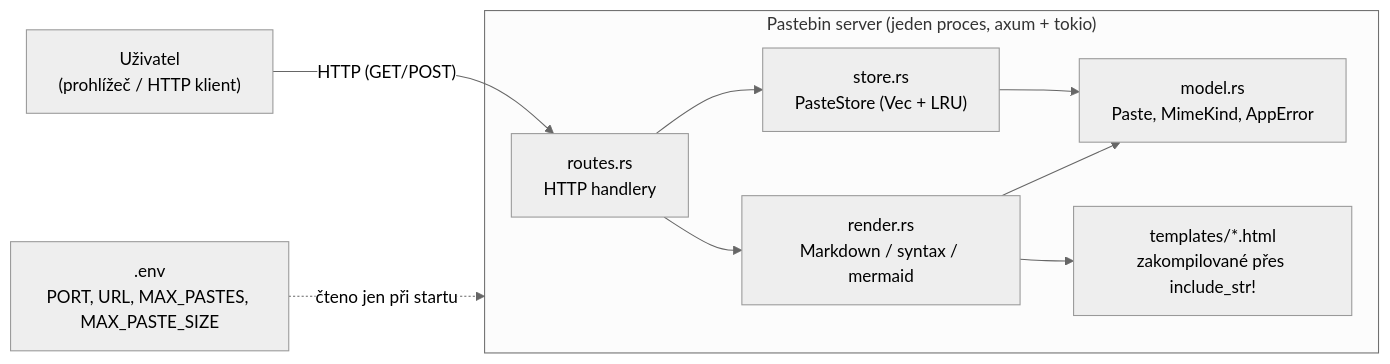
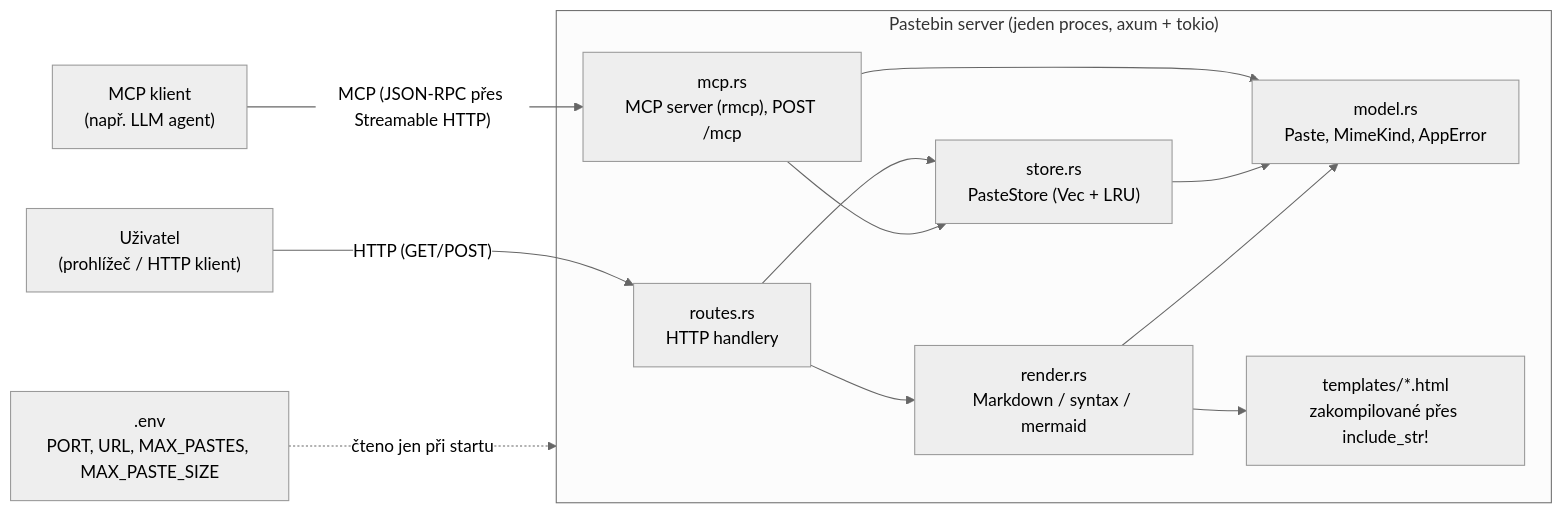
The diagram in docs/requirements.md (Onre739/pastebin), drawn with Mermaid (neutral theme) before and after one commit. The commit also changed other lines of this file and 3 other files, not shown here.

````diff
--- a/docs/requirements.md
+++ b/docs/requirements.md
@@ -116,22 +132,27 @@
 ```mermaid
 flowchart LR
     User["Uživatel<br/>(prohlížeč / HTTP klient)"]
+    McpClient["MCP klient<br/>(např. LLM agent)"]
 
     subgraph System["Pastebin server (jeden proces, axum + tokio)"]
         Routes["routes.rs<br/>HTTP handlery"]
+        Mcp["mcp.rs<br/>MCP server (rmcp), POST /mcp"]
         Store["store.rs<br/>PasteStore (Vec + LRU)"]
         Render["render.rs<br/>Markdown / syntax / mermaid"]
         Model["model.rs<br/>Paste, MimeKind, AppError"]
         Templates["templates/*.html<br/>zakompilované přes include_str!"]
     end
 
     Env[".env<br/>PORT, URL, MAX_PASTES, MAX_PASTE_SIZE"]
 
     User -- "HTTP (GET/POST)" --> Routes
+    McpClient -- "MCP (JSON-RPC přes Streamable HTTP)" --> Mcp
     Routes --> Store
     Routes --> Render
+    Mcp --> Store
+    Mcp --> Model
     Store --> Model
     Render --> Model
     Render --> Templates
     Env -. "čteno jen při startu" .-> System
 ```
````
